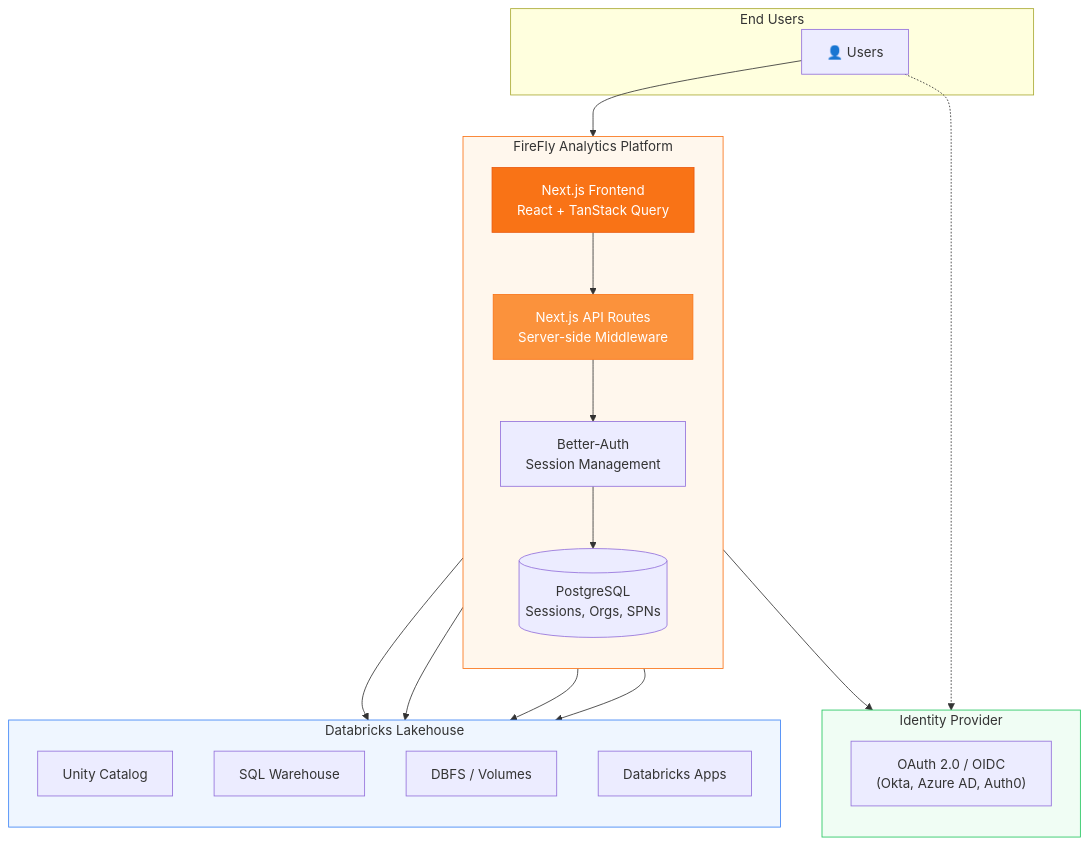
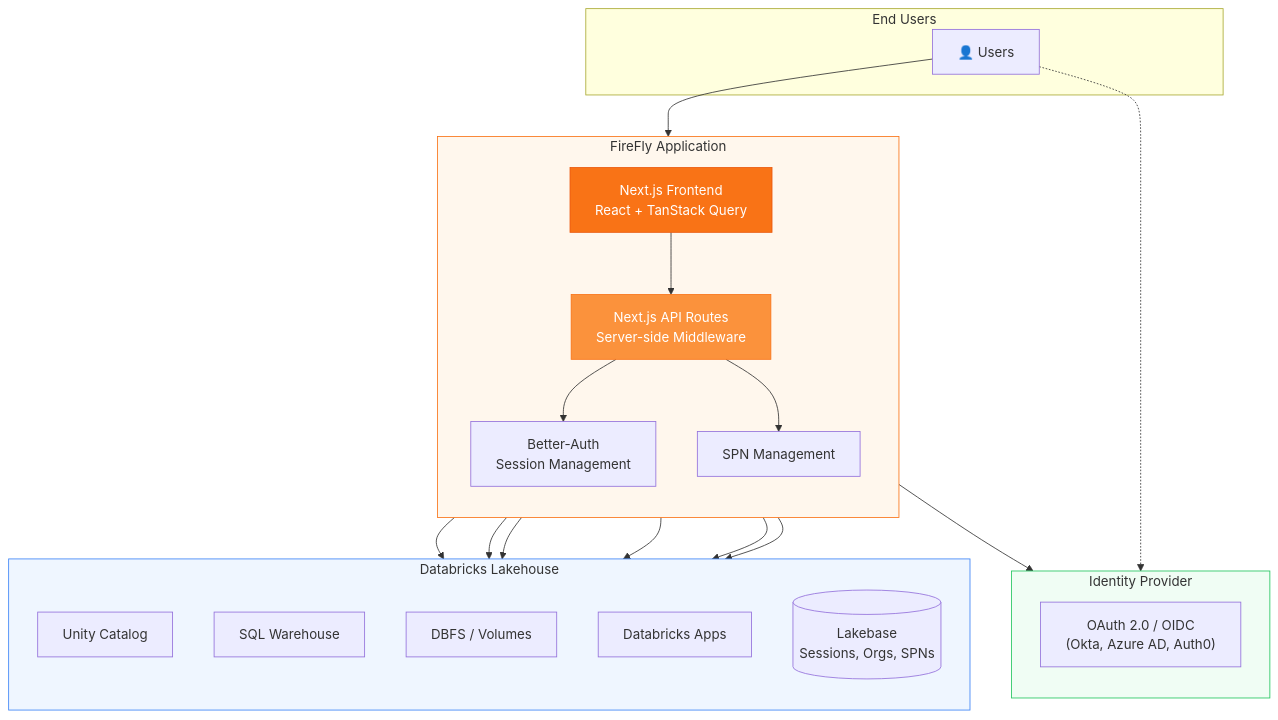
The diagram in public/architecture/overview/01-1k-foot-view.mermaid (databrickslabs/firefly), drawn with Mermaid before and after one commit. The commit also changed 15 other files, not shown here.

```diff
--- a/public/architecture/overview/01-1k-foot-view.mermaid
+++ b/public/architecture/overview/01-1k-foot-view.mermaid
@@ -1,42 +1,45 @@
 flowchart TB
     subgraph Users["End Users"]
         U["👤 Users"]
     end
 
     subgraph IDP["Identity Provider"]
         direction TB
         OIDC["OAuth 2.0 / OIDC<br/>(Okta, Azure AD, Auth0)"]
     end
 
-    subgraph FireFly["FireFly Analytics Platform"]
+    subgraph FireFly["FireFly Application"]
         direction TB
         FE["Next.js Frontend<br/>React + TanStack Query"]
         API["Next.js API Routes<br/>Server-side Middleware"]
         Auth["Better-Auth<br/>Session Management"]
-        DB_PG[("PostgreSQL<br/>Sessions, Orgs, SPNs")]
+        SPNMgr["SPN Management"]
     end
 
     subgraph Databricks["Databricks Lakehouse"]
         direction TB
         UC["Unity Catalog"]
         SQL["SQL Warehouse"]
         DBFS["DBFS / Volumes"]
         Apps["Databricks Apps"]
+        DB_PG[("Lakebase<br/>Sessions, Orgs, SPNs")]
     end
 
     U --> FE
     U -.-> OIDC
     FE --> API
     API --> Auth
     Auth --> OIDC
     Auth --> DB_PG
-    API --> UC
-    API --> SQL
-    API --> DBFS
-    API --> Apps
+    API --> SPNMgr
+    SPNMgr --> DB_PG
+    SPNMgr --> UC
+    SPNMgr --> SQL
+    SPNMgr --> DBFS
+    SPNMgr --> Apps
 
     style FireFly fill:#fff7ed,stroke:#f97316
     style Databricks fill:#eff6ff,stroke:#3b82f6
     style IDP fill:#f0fdf4,stroke:#22c55e
     style FE fill:#f97316,stroke:#ea580c,color:#fff
     style API fill:#fb923c,stroke:#f97316,color:#fff
```
